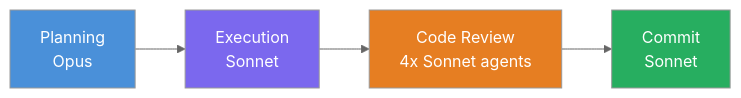
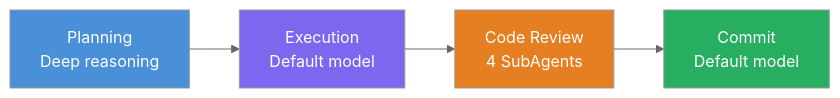
One commit to ryanjosebrosas/original-coding-system-claude changed the eighth of 11 diagrams in README.md. Above: the diagram before and after it, drawn with Mermaid (neutral theme). The commit also changed other lines of this file and 204 other files, not shown here.

````diff
--- a/README.md
+++ b/README.md
@@ -340,11 +424,11 @@
 ```mermaid
 graph LR
-    PLAN["Planning<br/>Opus"] --> EXEC["Execution<br/>Sonnet"]
-    EXEC --> REV["Code Review<br/>4x Sonnet agents"]
-    REV --> COM["Commit<br/>Sonnet"]
+    PLAN["Planning<br/>Deep reasoning"] --> EXEC["Execution<br/>Default model"]
+    EXEC --> REV["Code Review<br/>4 SubAgents"]
+    REV --> COM["Commit<br/>Default model"]
 
     style PLAN fill:#4a90d9,color:#fff
     style EXEC fill:#7b68ee,color:#fff
     style REV fill:#e67e22,color:#fff
     style COM fill:#27ae60,color:#fff
 ```
````
